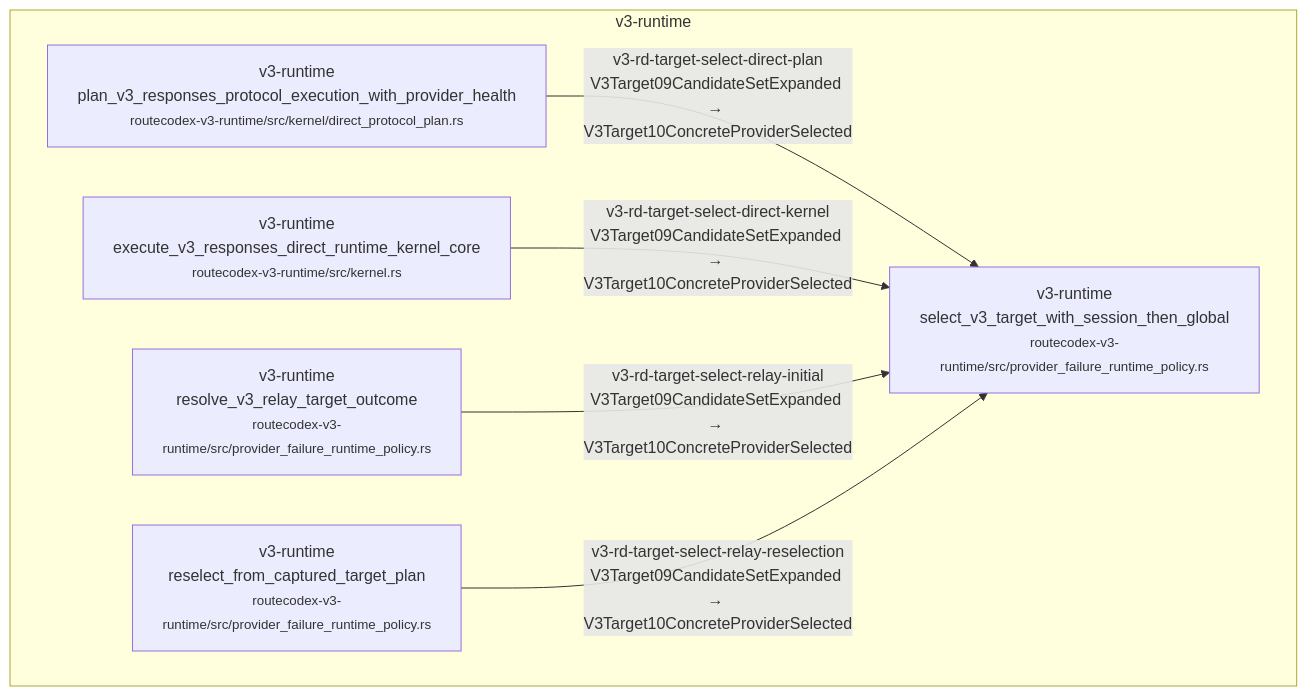
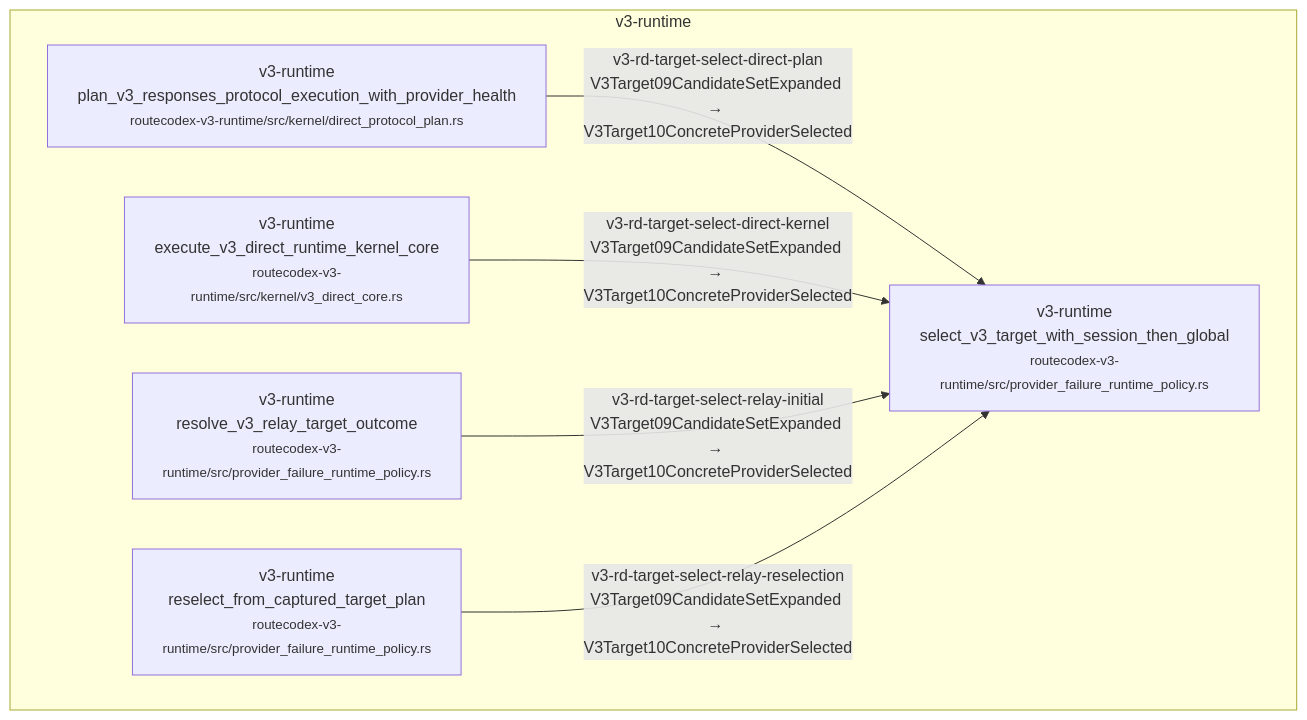
The third of 59 diagrams in docs/architecture/wiki/v3-mainline-caller-flow.md (Jasonzhangf/routecodex), drawn with Mermaid before and after one commit. The commit also changed other lines of this file and 24 other files, not shown here.

````diff
--- a/docs/architecture/wiki/v3-mainline-caller-flow.md
+++ b/docs/architecture/wiki/v3-mainline-caller-flow.md
@@ -170,14 +170,14 @@
 ```mermaid
 flowchart TD
   subgraph c_1_v3_target_session_global_selection_m_v3_runtime["v3-runtime"]
     c_1_v3_target_session_global_selection_0["v3-runtime<br/>plan_v3_responses_protocol_execution_with_provider_health<br/><small>routecodex-v3-runtime/src/kernel/direct_protocol_plan.rs</small>"]
     c_1_v3_target_session_global_selection_1["v3-runtime<br/>select_v3_target_with_session_then_global<br/><small>routecodex-v3-runtime/src/provider_failure_runtime_policy.rs</small>"]
-    c_1_v3_target_session_global_selection_2["v3-runtime<br/>execute_v3_responses_direct_runtime_kernel_core<br/><small>routecodex-v3-runtime/src/kernel.rs</small>"]
+    c_1_v3_target_session_global_selection_2["v3-runtime<br/>execute_v3_direct_runtime_kernel_core<br/><small>routecodex-v3-runtime/src/kernel/v3_direct_core.rs</small>"]
     c_1_v3_target_session_global_selection_3["v3-runtime<br/>resolve_v3_relay_target_outcome<br/><small>routecodex-v3-runtime/src/provider_failure_runtime_policy.rs</small>"]
     c_1_v3_target_session_global_selection_4["v3-runtime<br/>reselect_from_captured_target_plan<br/><small>routecodex-v3-runtime/src/provider_failure_runtime_policy.rs</small>"]
   end
   c_1_v3_target_session_global_selection_0 -->|v3-rd-target-select-direct-plan<br/>V3Target09CandidateSetExpanded → V3Target10ConcreteProviderSelected| c_1_v3_target_session_global_selection_1
   c_1_v3_target_session_global_selection_2 -->|v3-rd-target-select-direct-kernel<br/>V3Target09CandidateSetExpanded → V3Target10ConcreteProviderSelected| c_1_v3_target_session_global_selection_1
   c_1_v3_target_session_global_selection_3 -->|v3-rd-target-select-relay-initial<br/>V3Target09CandidateSetExpanded → V3Target10ConcreteProviderSelected| c_1_v3_target_session_global_selection_1
   c_1_v3_target_session_global_selection_4 -->|v3-rd-target-select-relay-reselection<br/>V3Target09CandidateSetExpanded → V3Target10ConcreteProviderSelected| c_1_v3_target_session_global_selection_1
 ```
````
